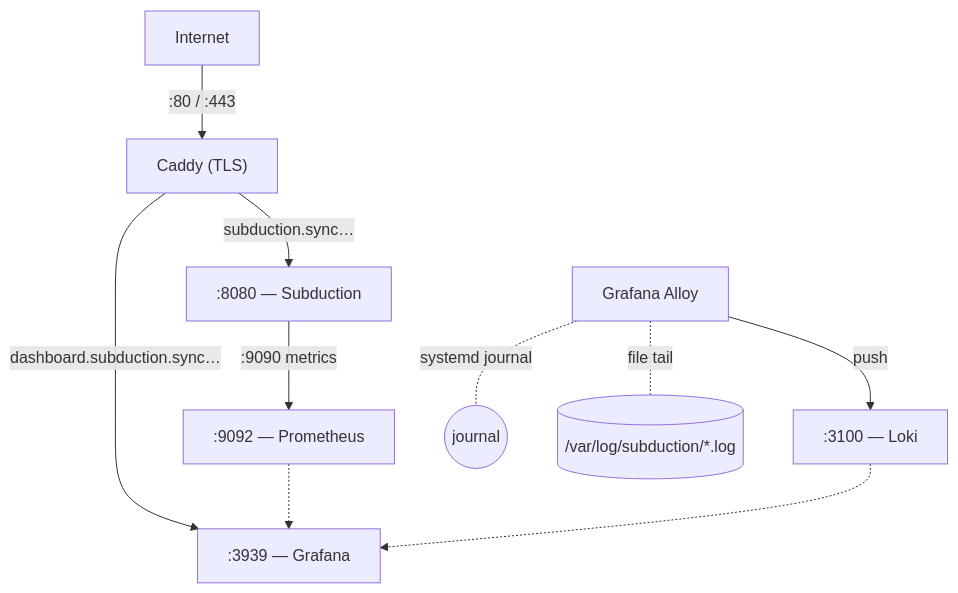
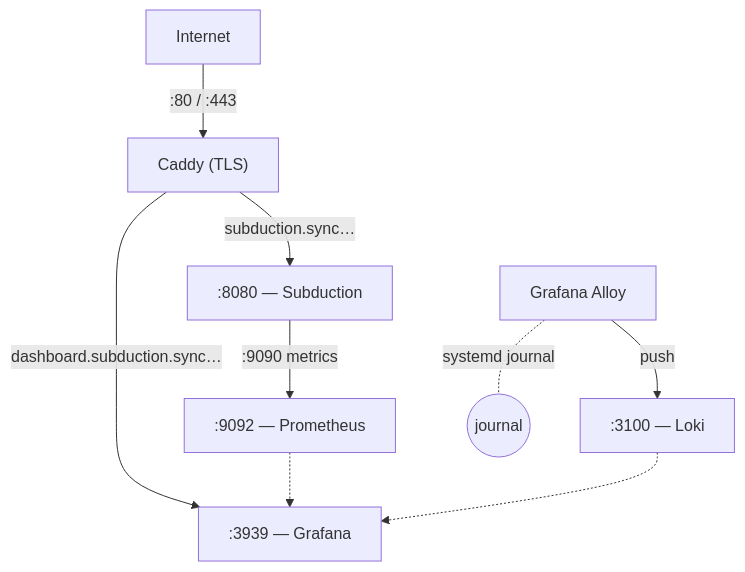
One commit to inkandswitch/bedrock changed the diagram in README.md. Above: the diagram before and after it, drawn with Mermaid. The commit also changed other lines of this file and 7 other files, not shown here.

````diff
--- a/README.md
+++ b/README.md
@@ -9,15 +7,14 @@
 ```mermaid
 graph TD
     Internet -->|":80 / :443"| Caddy["Caddy (TLS)"]
 
     Caddy -->|subduction.sync…| Subduction[":8080 — Subduction"]
     Caddy -->|dashboard.subduction.sync…| Grafana[":3939 — Grafana"]
 
     Subduction -->|":9090 metrics"| Prometheus[":9092 — Prometheus"]
     Prometheus -.-> Grafana
 
     Alloy["Grafana Alloy"] -->|push| Loki[":3100 — Loki"]
     Alloy -.-|systemd journal| Journal(("journal"))
-    Alloy -.-|file tail| SubLogs[("/var/log/subduction/*.log")]
     Loki -.-> Grafana
 ```
````
